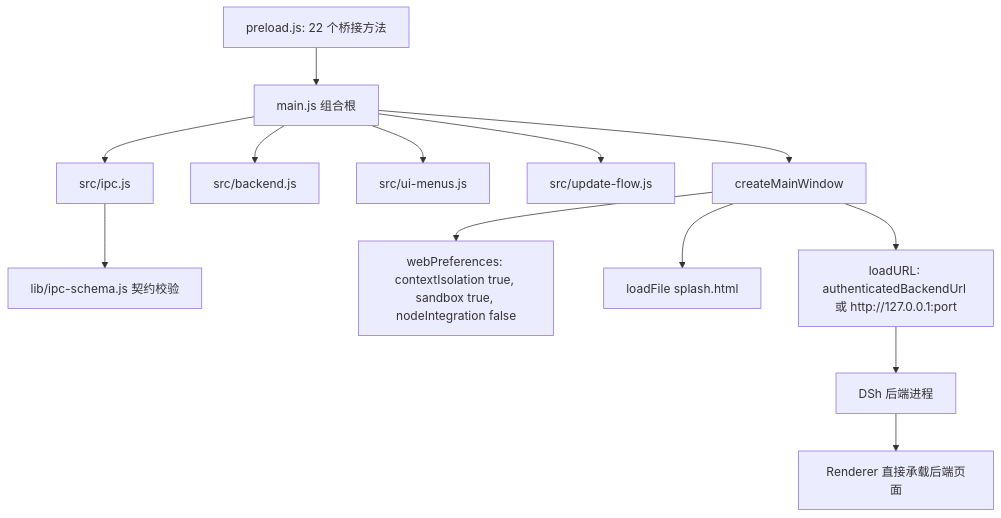
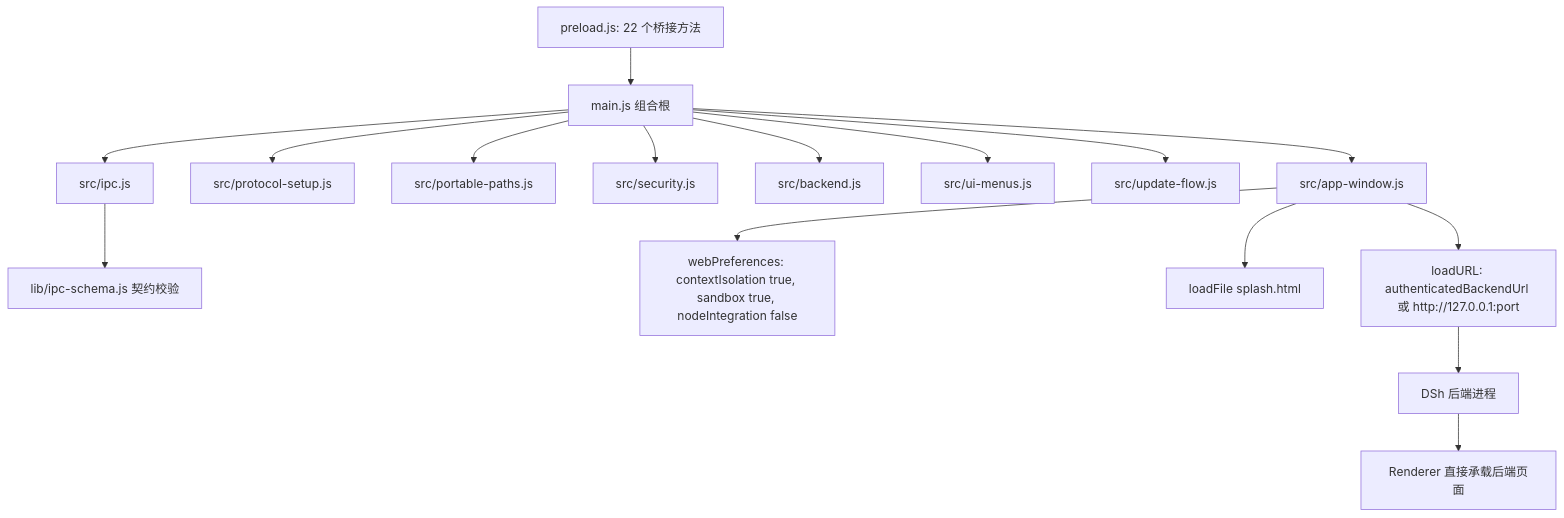
One commit to renquanpake/deepseek-harness-desktop changed the first of 3 diagrams in docs/architecture.md. Above: the diagram before and after it, drawn with Mermaid. The commit also changed other lines of this file and 76 other files, not shown here.

````diff
--- a/docs/architecture.md
+++ b/docs/architecture.md
@@ -44,15 +57,18 @@
 ```mermaid
 graph TD
-  MAIN["main.js 组合根"] --> WIN["createMainWindow"]
+  MAIN["main.js 组合根"] --> WIN["src/app-window.js"]
+  MAIN --> PROTO["src/protocol-setup.js"]
+  MAIN --> PORT["src/portable-paths.js"]
+  MAIN --> SEC["src/security.js"]
   MAIN --> BE["src/backend.js"]
   MAIN --> UI["src/ui-menus.js"]
   MAIN --> UP["src/update-flow.js"]
   MAIN --> IPC["src/ipc.js"]
   IPC --> SCHEMA["lib/ipc-schema.js 契约校验"]
   WIN --> PREFS["webPreferences: contextIsolation true, sandbox true, nodeIntegration false"]
   WIN --> SPLASH["loadFile splash.html"]
   WIN --> LOAD["loadURL: authenticatedBackendUrl 或 http://127.0.0.1:port"]
   LOAD --> BACKEND["DSh 后端进程"]
   PRELOAD["preload.js: 22 个桥接方法"] --> MAIN
   BACKEND --> RENDER["Renderer 直接承载后端页面"]
 ```
````
